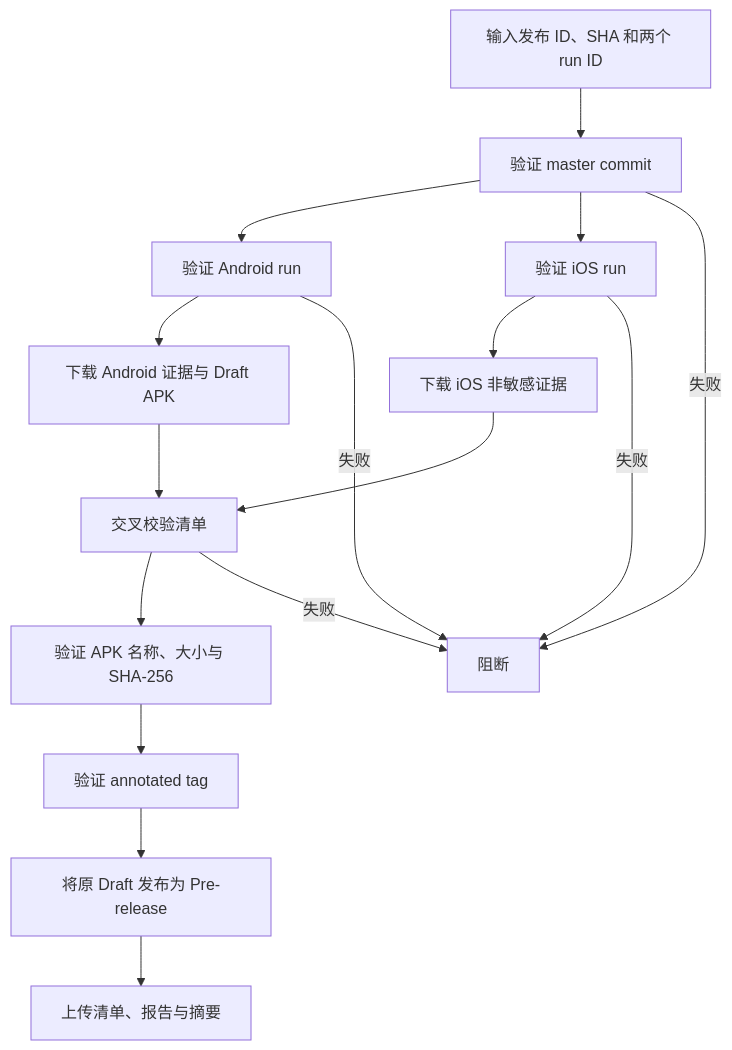
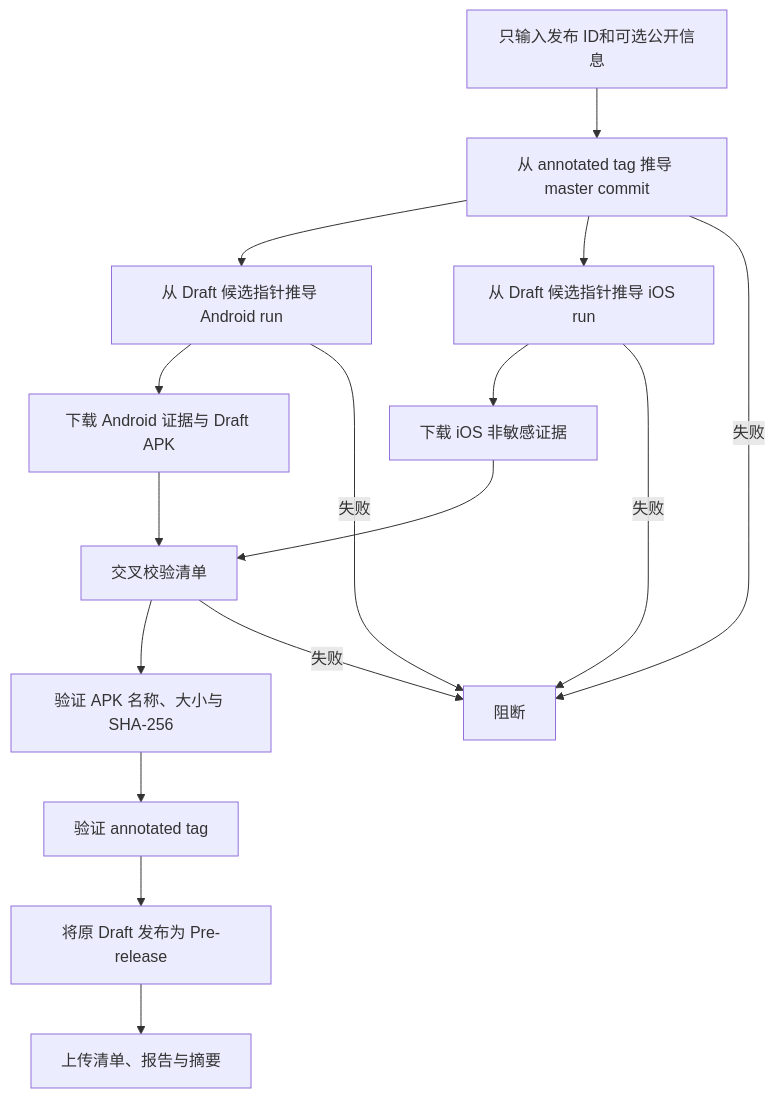
One commit to zhangheng2022/meet_trace changed the diagram in spec/spec-process-cicd-release-finalize.md. Above: the diagram before and after it, drawn with Mermaid. The commit also changed other lines of this file and 13 other files, not shown here.

````diff
--- a/spec/spec-process-cicd-release-finalize.md
+++ b/spec/spec-process-cicd-release-finalize.md
@@ -18,18 +18,18 @@
 ```mermaid
 graph TD
-    A[输入发布 ID、SHA 和两个 run ID] --> B[验证 master commit]
-    B --> C[验证 Android run]
-    B --> D[验证 iOS run]
+    A[只输入发布 ID和可选公开信息] --> B[从 annotated tag 推导 master commit]
+    B --> C[从 Draft 候选指针推导 Android run]
+    B --> D[从 Draft 候选指针推导 iOS run]
     C --> E[下载 Android 证据与 Draft APK]
     D --> F[下载 iOS 非敏感证据]
     E --> G[交叉校验清单]
     F --> G
     G --> H[验证 APK 名称、大小与 SHA-256]
     H --> I[验证 annotated tag]
     I --> J[将原 Draft 发布为 Pre-release]
     J --> L[上传清单、报告与摘要]
     B -->|失败| K[阻断]
     C -->|失败| K
     D -->|失败| K
     G -->|失败| K
 ```
````
